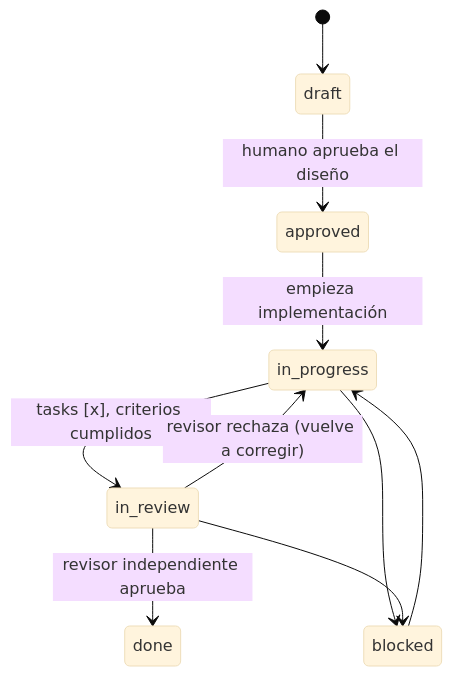
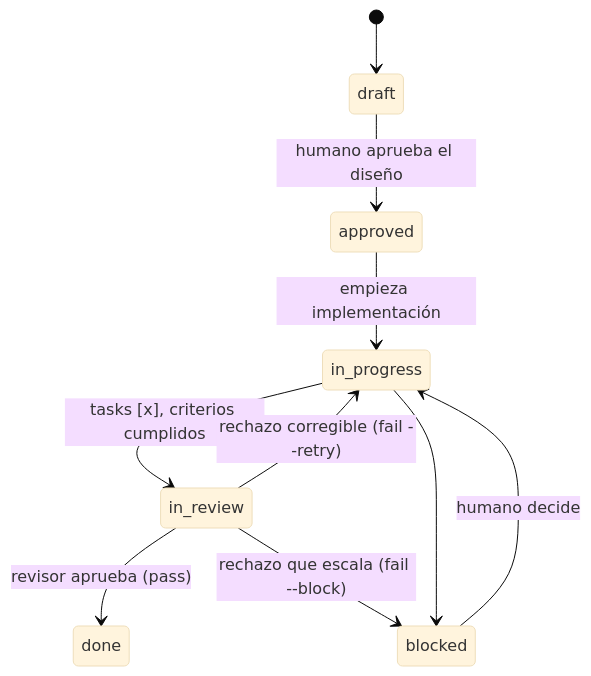
The diagram in .sl/changes/20260615-150510-review-gate-lifecycle.md (rarc88/changeledger), drawn with Mermaid (base theme) before and after one commit. The commit also changed other lines of this file, not shown here.

Commit message:
docs(change): route review failure to in-progress or blocked [#20260615-150510]

````diff
--- a/.sl/changes/20260615-150510-review-gate-lifecycle.md
+++ b/.sl/changes/20260615-150510-review-gate-lifecycle.md
@@ -70,12 +70,12 @@
 ```mermaid
 stateDiagram-v2
     [*] --> draft
     draft --> approved: humano aprueba el diseño
     approved --> in_progress: empieza implementación
     in_progress --> in_review: tasks [x], criterios cumplidos
-    in_review --> done: revisor independiente aprueba
-    in_review --> in_progress: revisor rechaza (vuelve a corregir)
+    in_review --> done: revisor aprueba (pass)
+    in_review --> in_progress: rechazo corregible (fail --retry)
+    in_review --> blocked: rechazo que escala (fail --block)
     in_progress --> blocked
-    blocked --> in_progress
-    in_review --> blocked
+    blocked --> in_progress: humano decide
 ```
````
